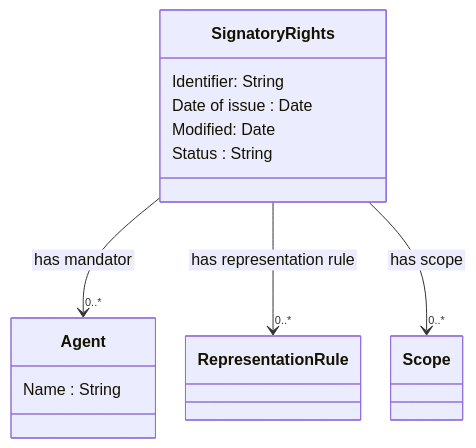
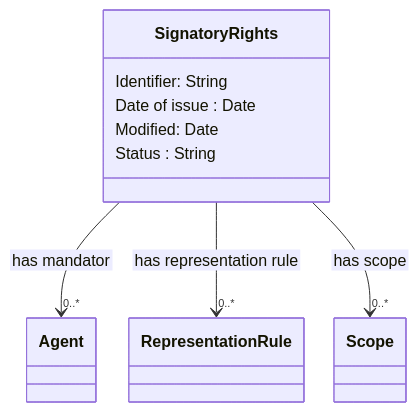
The diagram in README.md (nordicsmartgovernment/Nordic-Signatory-Rights-Model), drawn with Mermaid before and after one commit.

````diff
--- a/README.md
+++ b/README.md
@@ -22,21 +22,25 @@
 ```mermaid
  %%{init:{'flowchart':{'nodeSpacing': 30, 'rankSpacing': 95, 'htmlLabels': false}}}%%
     classDiagram
        
         class Signatory Rights {
             Identifier: String
             Date of issue : Date
             Modified: Date
             Status : String
         }
 
         Signatory Rights --> "0..*" Agent : has mandator
         Signatory Rights --> "0..*" Representation Rule : has representation rule
         Signatory Rights --> "0..*" Scope : has scope
 
+        class Agent {
+        }
 
-        class Agent {
-            Name : String
+        class Representation Rule {
+        }
+
+        class Scope {
         }
 
 ```
````
